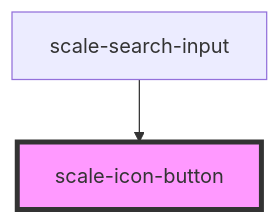
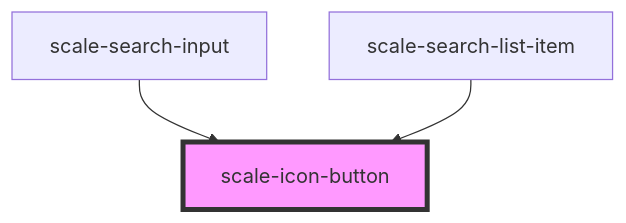
The diagram in packages/components/src/components/icon-button/readme.md (telekom/scale), drawn with Mermaid before and after one commit. The commit also changed other lines of this file and 31 other files, not shown here.

````diff
--- a/packages/components/src/components/icon-button/readme.md
+++ b/packages/components/src/components/icon-button/readme.md
@@ -41,5 +42,6 @@
 ```mermaid
 graph TD;
   scale-search-input --> scale-icon-button
+  scale-search-list-item --> scale-icon-button
   style scale-icon-button fill:#f9f,stroke:#333,stroke-width:4px
 ```
````
